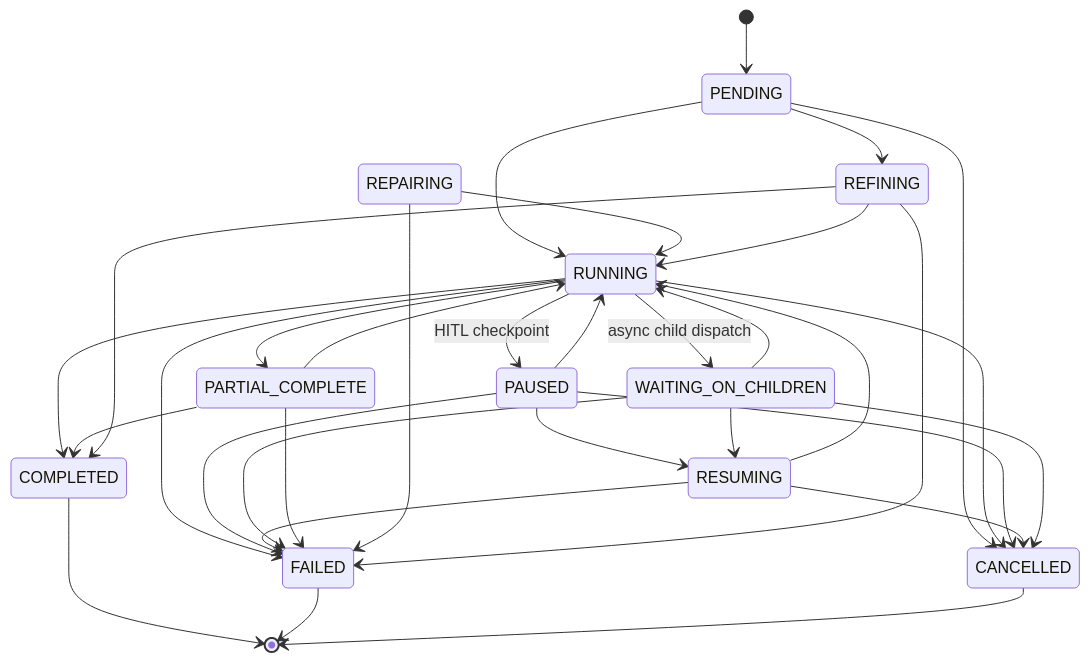
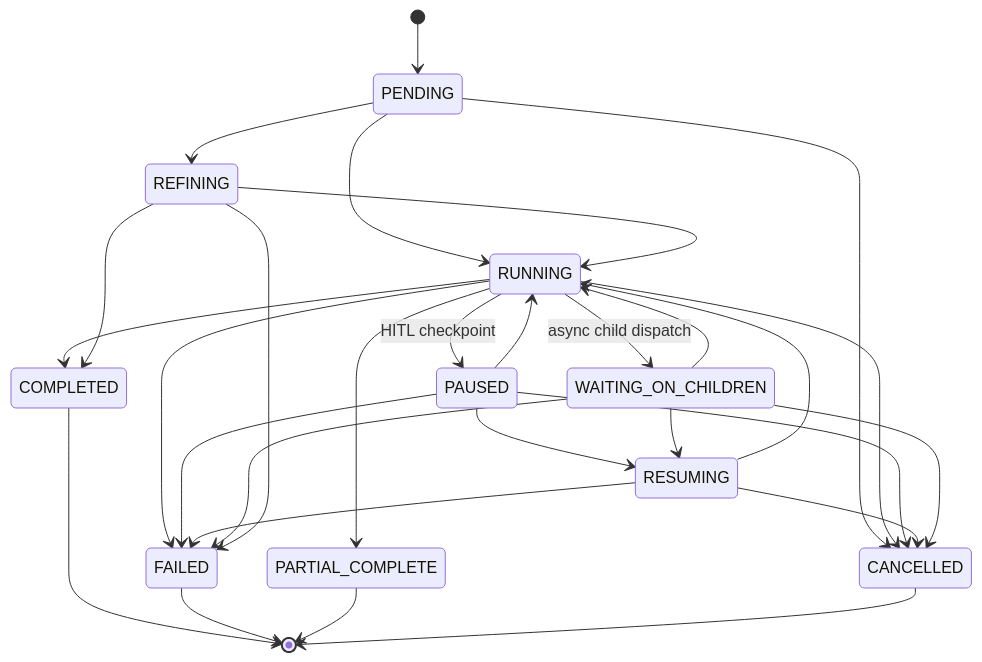
One commit to gondolerahul/hire-buddha-app changed the ninth of 20 diagrams in docs/current/06-execution-pipeline.md. Above: the diagram before and after it, drawn with Mermaid. The commit also changed other lines of this file and 11 other files, not shown here.

````diff
--- a/docs/current/06-execution-pipeline.md
+++ b/docs/current/06-execution-pipeline.md
@@ -1025,35 +1025,31 @@
 ```mermaid
 stateDiagram-v2
     [*] --> PENDING
     PENDING --> RUNNING
     PENDING --> REFINING
     PENDING --> CANCELLED
     RUNNING --> PAUSED: HITL checkpoint
     RUNNING --> WAITING_ON_CHILDREN: async child dispatch
     RUNNING --> COMPLETED
     RUNNING --> FAILED
     RUNNING --> PARTIAL_COMPLETE
     RUNNING --> CANCELLED
     PAUSED --> RUNNING
     PAUSED --> RESUMING
     PAUSED --> FAILED
     PAUSED --> CANCELLED
     RESUMING --> RUNNING
     RESUMING --> FAILED
     RESUMING --> CANCELLED
     WAITING_ON_CHILDREN --> RESUMING
     WAITING_ON_CHILDREN --> RUNNING
     WAITING_ON_CHILDREN --> FAILED
     WAITING_ON_CHILDREN --> CANCELLED
-    PARTIAL_COMPLETE --> RUNNING
-    PARTIAL_COMPLETE --> COMPLETED
-    PARTIAL_COMPLETE --> FAILED
-    REPAIRING --> RUNNING
-    REPAIRING --> FAILED
     REFINING --> RUNNING
     REFINING --> COMPLETED
     REFINING --> FAILED
     COMPLETED --> [*]
     FAILED --> [*]
+    PARTIAL_COMPLETE --> [*]
     CANCELLED --> [*]
 ```
````
